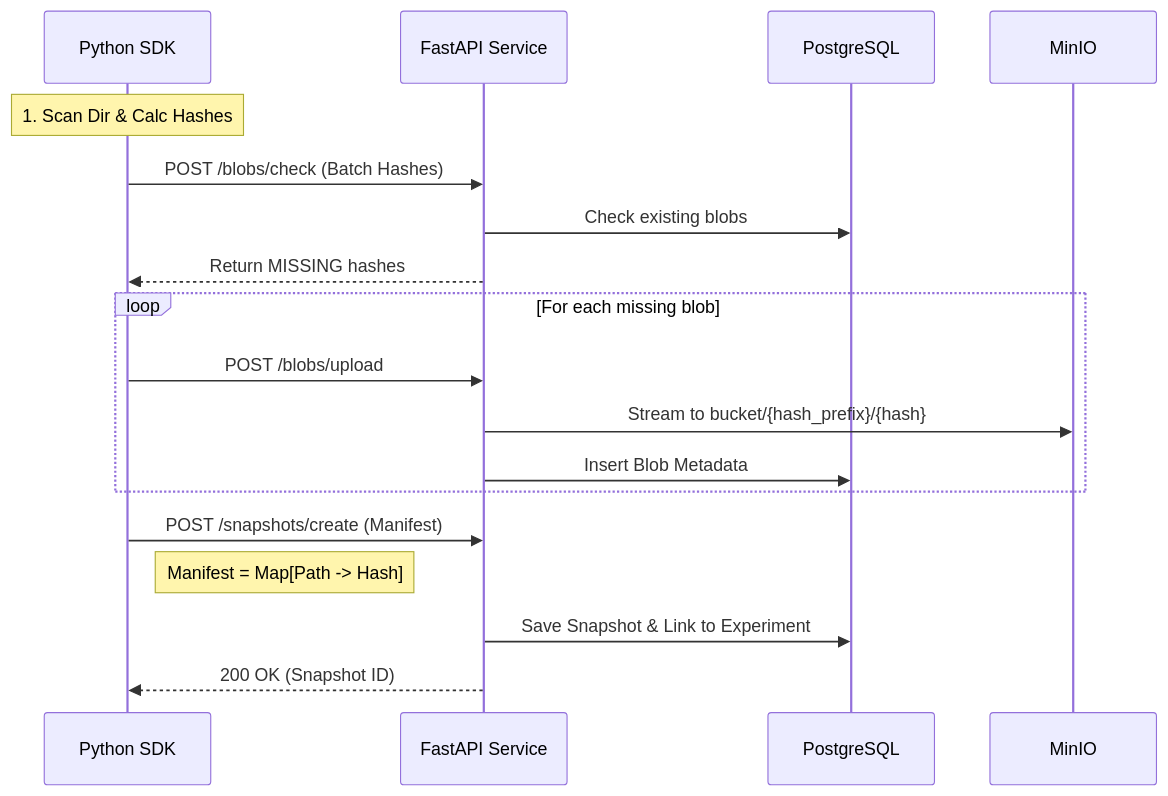
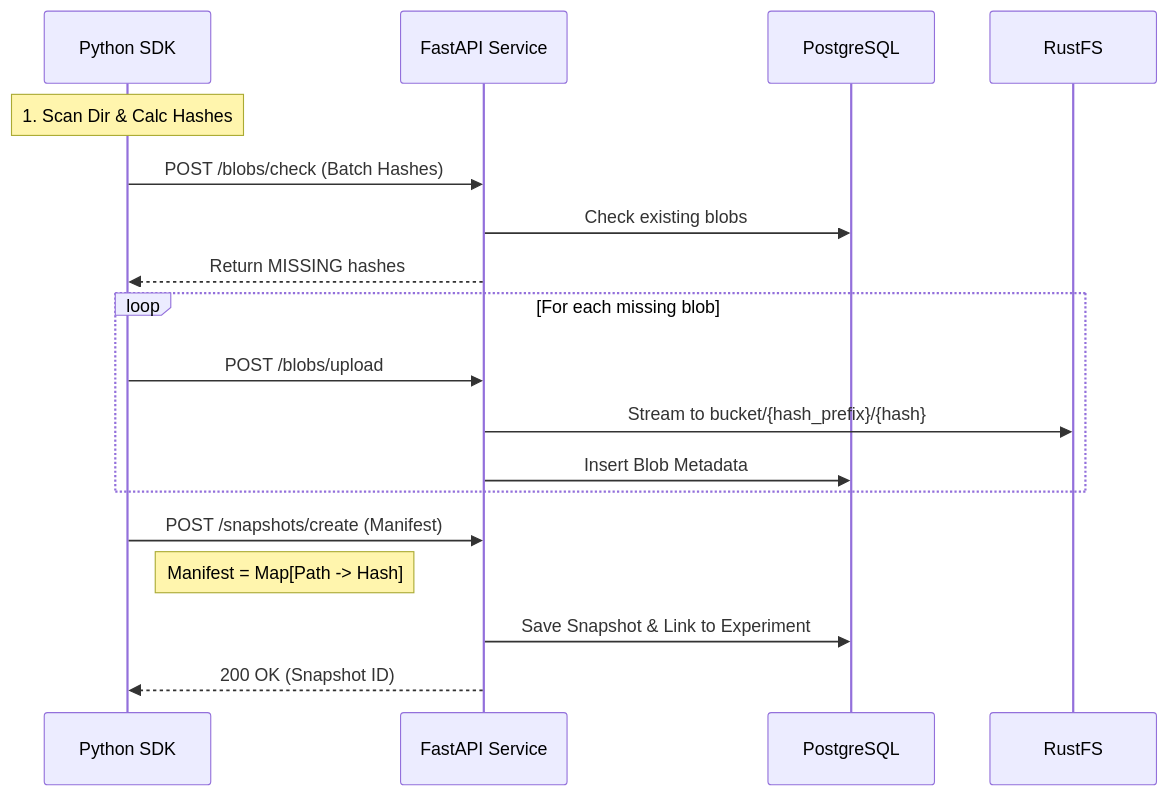
Before and after one commit to MalchuL/experiment_tracker: the diagram in python/object_storage/TECH_TASK.md, drawn with Mermaid. The commit also changed other lines of this file and 36 other files, not shown here.

First line of the commit message:
Switch object storage from MinIO to RustFS

````diff
--- a/python/object_storage/TECH_TASK.md
+++ b/python/object_storage/TECH_TASK.md
@@ -17,23 +17,23 @@
 ```mermaid
 sequenceDiagram
     participant SDK as Python SDK
     participant API as FastAPI Service
     participant DB as PostgreSQL
-    participant S3 as MinIO
+    participant S3 as RustFS
 
     Note over SDK: 1. Scan Dir & Calc Hashes
     SDK->>API: POST /blobs/check (Batch Hashes)
     API->>DB: Check existing blobs
     API-->>SDK: Return MISSING hashes
 
     loop For each missing blob
         SDK->>API: POST /blobs/upload
         API->>S3: Stream to bucket/{hash_prefix}/{hash}
         API->>DB: Insert Blob Metadata
     end
 
     SDK->>API: POST /snapshots/create (Manifest)
     Note right of SDK: Manifest = Map[Path -> Hash]
     API->>DB: Save Snapshot & Link to Experiment
     API-->>SDK: 200 OK (Snapshot ID)
 ```
````
